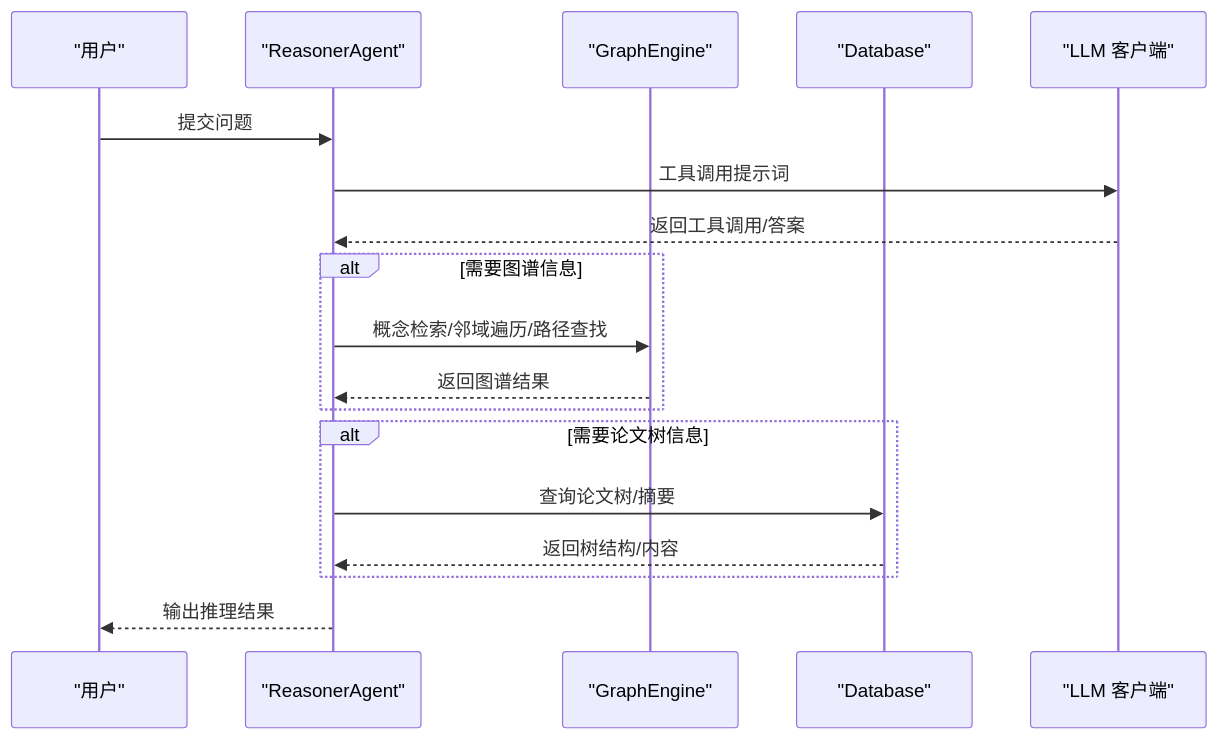
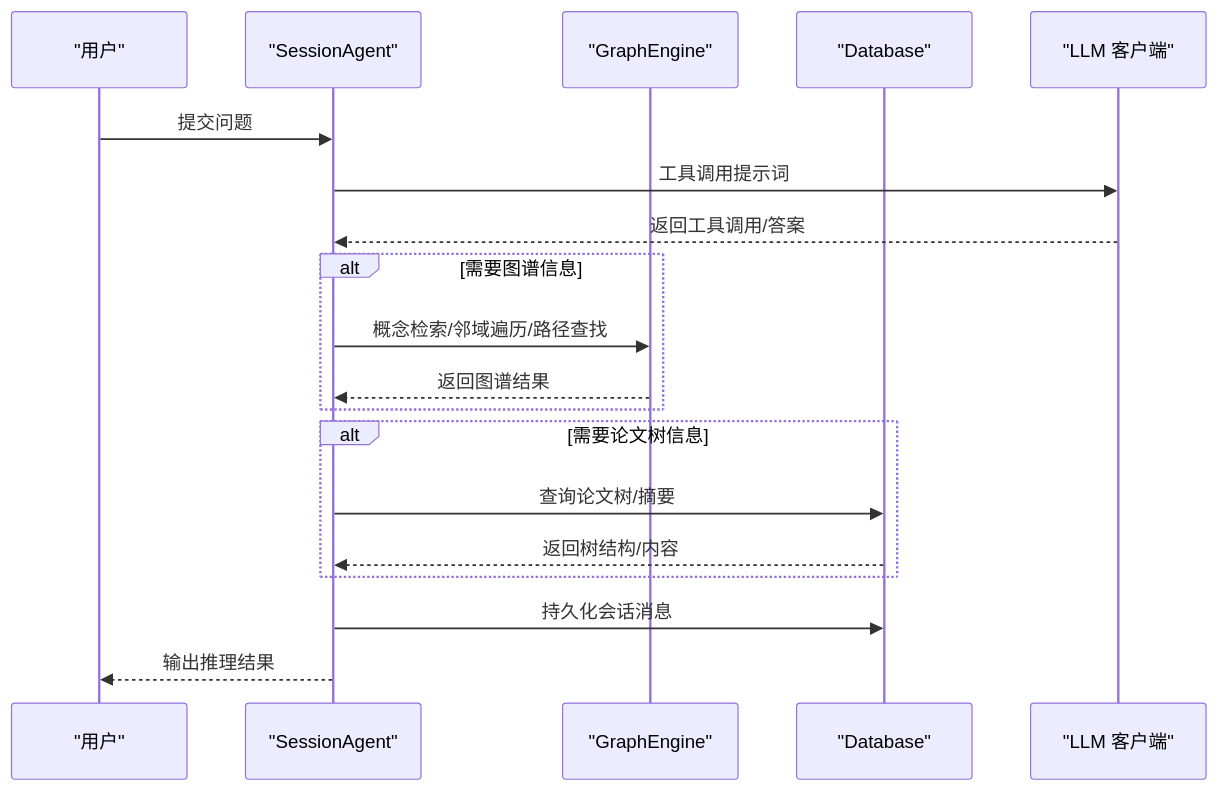
Before and after one commit to UynajGI/drbrain: the second of 14 diagrams in .qoder/repowiki/zh/content/核心模块详解/推理引擎模块/推理引擎核心.md, drawn with Mermaid. The commit also changed other lines of this file and 6 other files, not shown here.

````diff
--- a/.qoder/repowiki/zh/content/核心模块详解/推理引擎模块/推理引擎核心.md
+++ b/.qoder/repowiki/zh/content/核心模块详解/推理引擎模块/推理引擎核心.md
@@ -156,20 +176,21 @@
 ```mermaid
 sequenceDiagram
 participant U as "用户"
-participant RA as "ReasonerAgent"
+participant SA as "SessionAgent"
 participant GE as "GraphEngine"
 participant DB as "Database"
 participant LLM as "LLM 客户端"
-U->>RA : 提交问题
-RA->>LLM : 工具调用提示词
-LLM-->>RA : 返回工具调用/答案
+U->>SA : 提交问题
+SA->>LLM : 工具调用提示词
+LLM-->>SA : 返回工具调用/答案
 alt 需要图谱信息
-RA->>GE : 概念检索/邻域遍历/路径查找
-GE-->>RA : 返回图谱结果
+SA->>GE : 概念检索/邻域遍历/路径查找
+GE-->>SA : 返回图谱结果
 end
 alt 需要论文树信息
-RA->>DB : 查询论文树/摘要
-DB-->>RA : 返回树结构/内容
+SA->>DB : 查询论文树/摘要
+DB-->>SA : 返回树结构/内容
 end
-RA-->>U : 输出推理结果
+SA->>DB : 持久化会话消息
+SA-->>U : 输出推理结果
 ```
````
